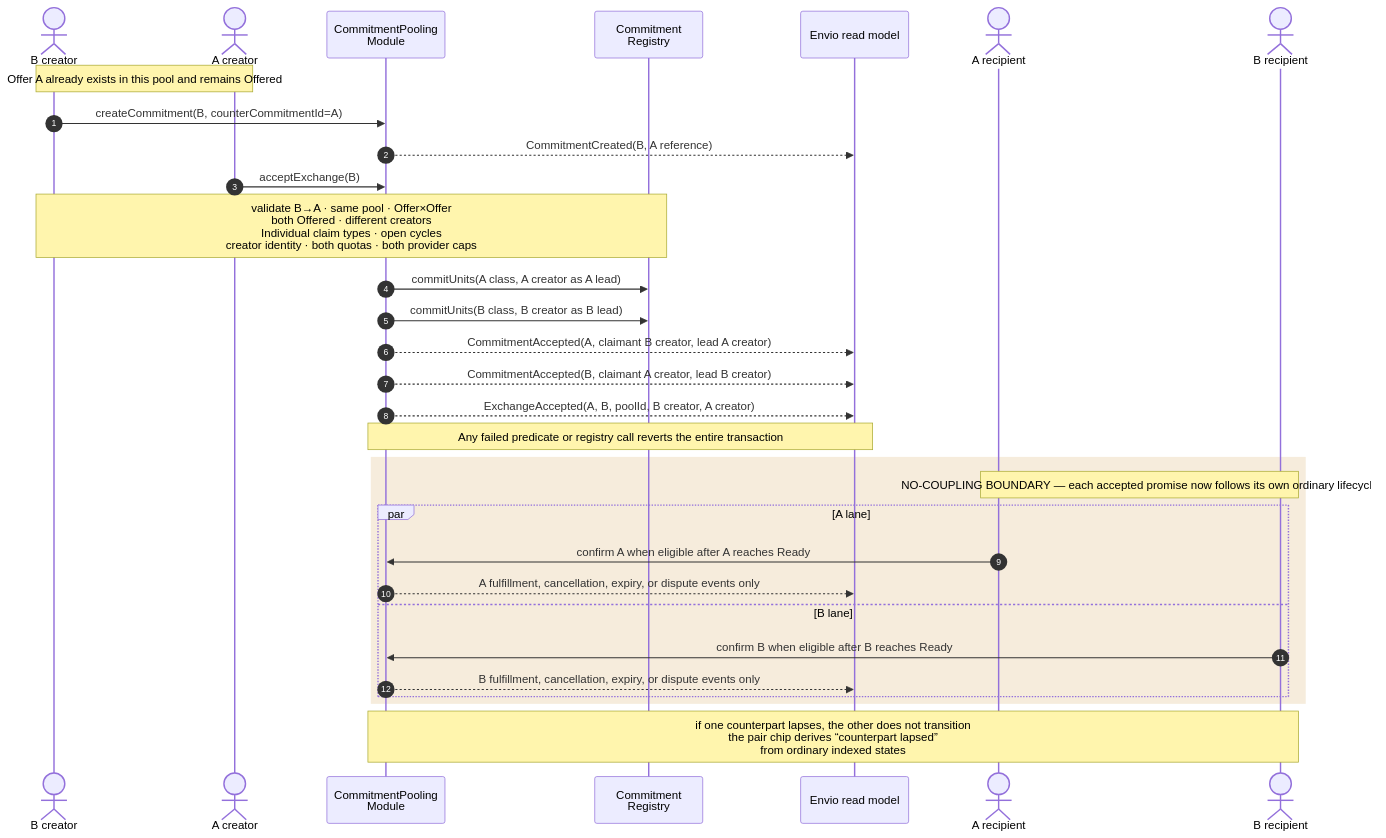
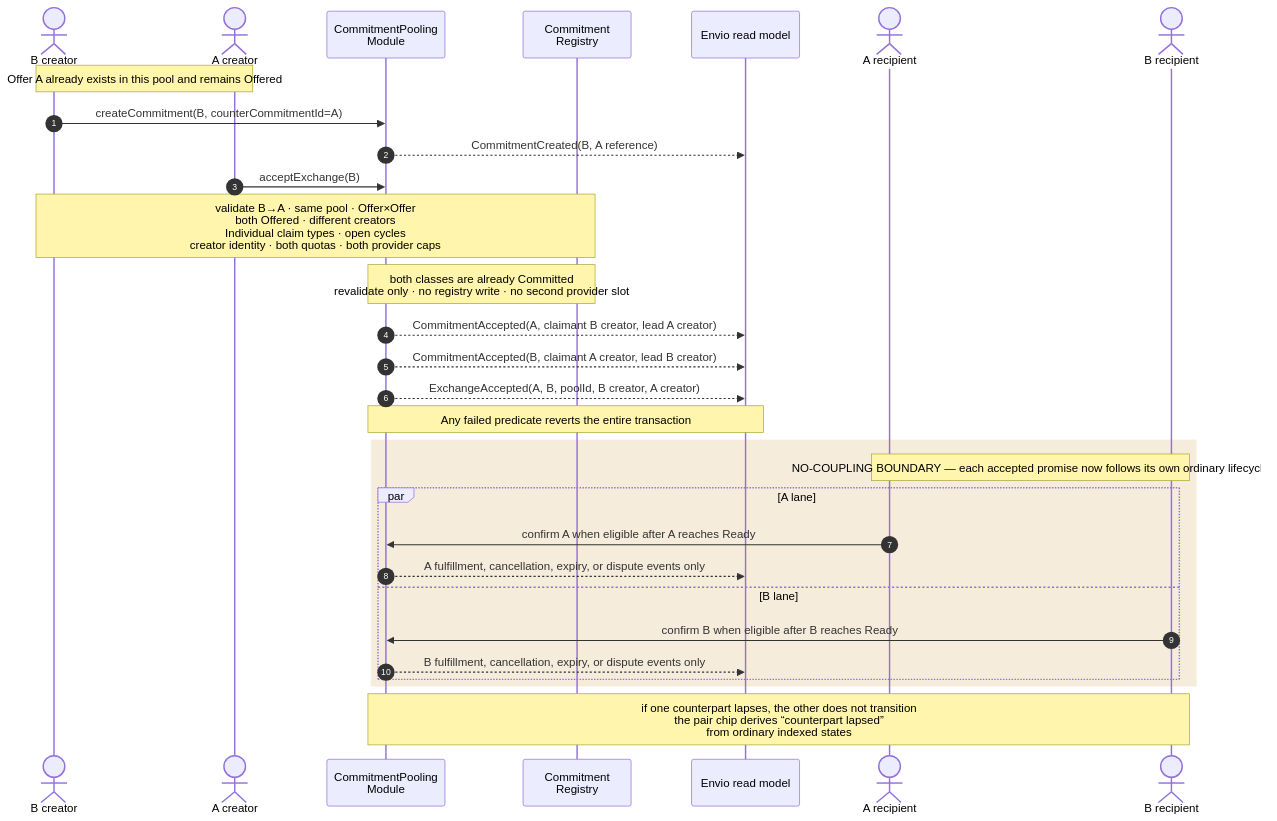
Before and after one commit to greenpill-dev-guild/green-goods: diagram 19 of 40 in .plans/active/commitment-pooling/diagrams.md, drawn with Mermaid. The commit also changed other lines of this file and 19 other files, not shown here.

````diff
--- a/.plans/active/commitment-pooling/diagrams.md
+++ b/.plans/active/commitment-pooling/diagrams.md
@@ -991,35 +1008,34 @@
 ```mermaid
 sequenceDiagram
   autonumber
   actor BC as B creator
   actor AC as A creator
   participant M as CommitmentPooling<br/>Module
   participant R as Commitment<br/>Registry
   participant I as Envio read model
   actor AR as A recipient
   actor BR as B recipient
 
   Note over BC,AC: Offer A already exists in this pool and remains Offered
   BC->>M: createCommitment(B, counterCommitmentId=A)
   M-->>I: CommitmentCreated(B, A reference)
   AC->>M: acceptExchange(B)
   Note over BC,R: validate B→A · same pool · Offer×Offer<br/>both Offered · different creators<br/>Individual claim types · open cycles<br/>creator identity · both quotas · both provider caps
-  M->>R: commitUnits(A class, A creator as A lead)
-  M->>R: commitUnits(B class, B creator as B lead)
+  Note over M,R: both classes are already Committed<br/>revalidate only · no registry write · no second provider slot
   M-->>I: CommitmentAccepted(A, claimant B creator, lead A creator)
   M-->>I: CommitmentAccepted(B, claimant A creator, lead B creator)
   M-->>I: ExchangeAccepted(A, B, poolId, B creator, A creator)
-  Note over M,I: Any failed predicate or registry call reverts the entire transaction
+  Note over M,I: Any failed predicate reverts the entire transaction
 
   rect rgb(246, 236, 220)
     Note over AR,BR: NO-COUPLING BOUNDARY — each accepted promise now follows its own ordinary lifecycle
     par A lane
       AR->>M: confirm A when eligible after A reaches Ready
       M-->>I: A fulfillment, cancellation, expiry, or dispute events only
     and B lane
       BR->>M: confirm B when eligible after B reaches Ready
       M-->>I: B fulfillment, cancellation, expiry, or dispute events only
     end
   end
   Note over M,BR: if one counterpart lapses, the other does not transition<br/>the pair chip derives “counterpart lapsed”<br/>from ordinary indexed states
 ```
````
